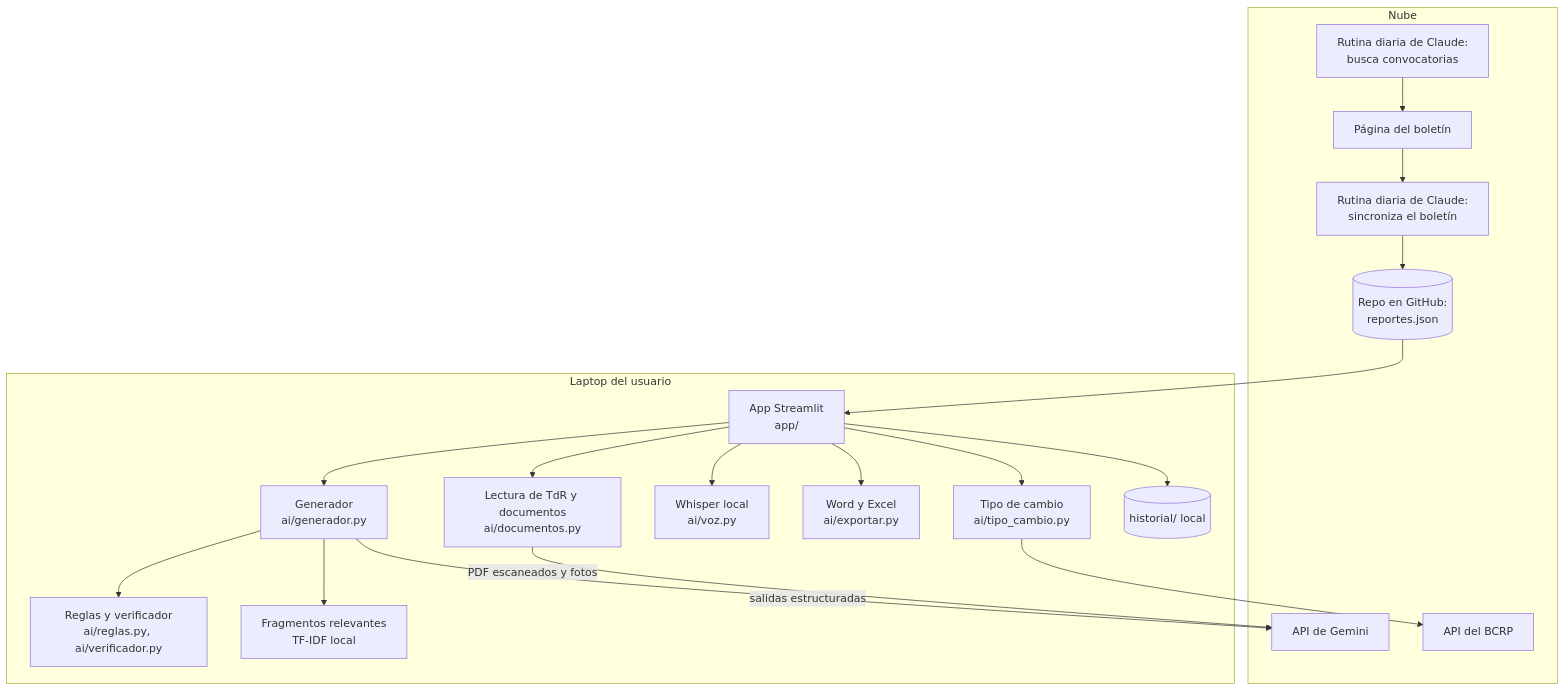
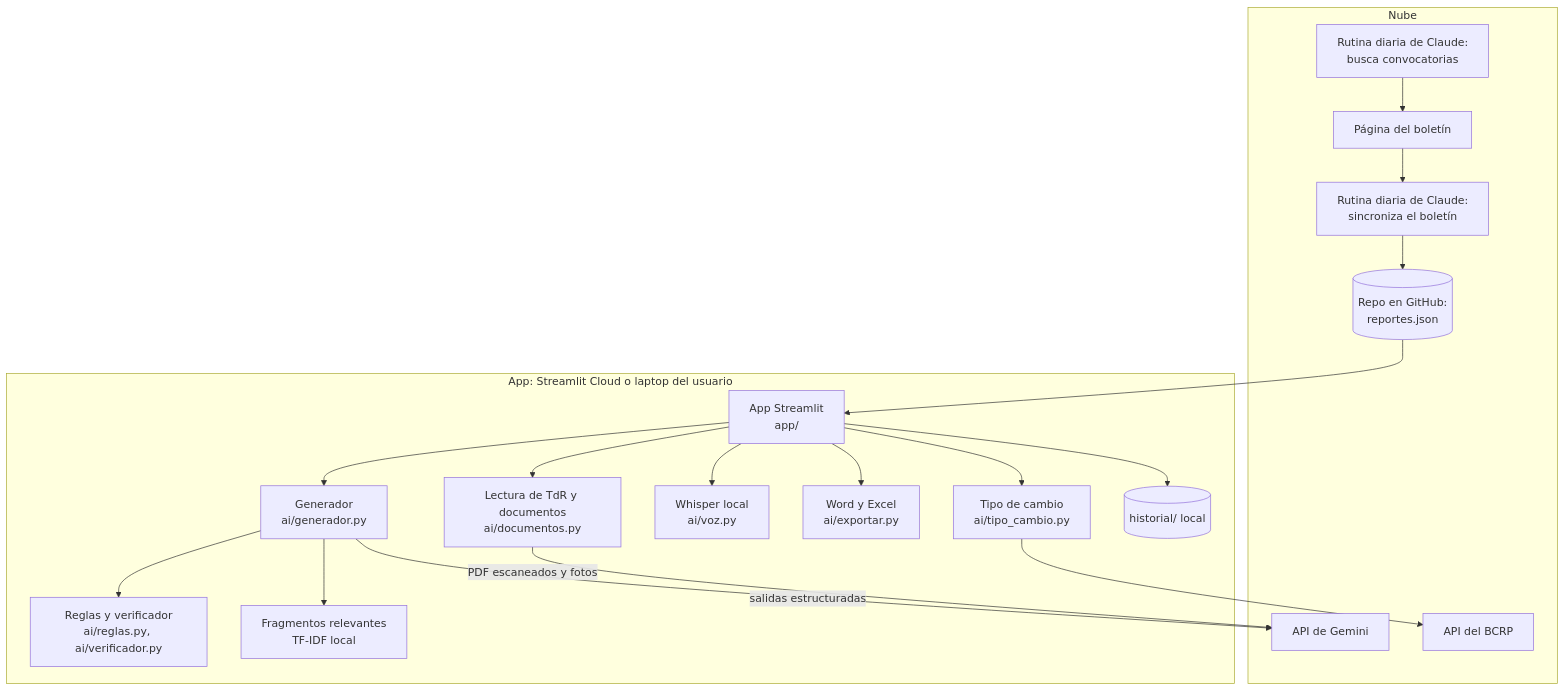
One commit to LuisGuevaraVega/generador-propuestas-ong changed the second of 2 diagrams in README.md. Above: the diagram before and after it, drawn with Mermaid. The commit also changed other lines of this file, not shown here.

First line of the commit message:
README: URL pública del demo en Streamlit Cloud

````diff
--- a/README.md
+++ b/README.md
@@ -113,23 +115,23 @@
 ```mermaid
 flowchart TB
     subgraph nube["Nube"]
         R1[Rutina diaria de Claude:<br/>busca convocatorias] --> P[Página del boletín]
         R2[Rutina diaria de Claude:<br/>sincroniza el boletín] --> GH[(Repo en GitHub:<br/>reportes.json)]
         P --> R2
         GEM[API de Gemini]
         BCRP[API del BCRP]
     end
-    subgraph laptop["Laptop del usuario"]
+    subgraph laptop["App: Streamlit Cloud o laptop del usuario"]
         UI[App Streamlit<br/>app/] --> GEN[Generador<br/>ai/generador.py]
         UI --> DOC[Lectura de TdR y documentos<br/>ai/documentos.py]
         UI --> VOZ[Whisper local<br/>ai/voz.py]
         DOC -->|PDF escaneados y fotos| GEM
         GEN -->|salidas estructuradas| GEM
         GEN --> REG[Reglas y verificador<br/>ai/reglas.py, ai/verificador.py]
         GEN --> RAG[Fragmentos relevantes<br/>TF-IDF local]
         UI --> EXP[Word y Excel<br/>ai/exportar.py]
         UI --> TC[Tipo de cambio<br/>ai/tipo_cambio.py] --> BCRP
         UI --> HIS[(historial/ local)]
     end
     GH --> UI
 ```
````
